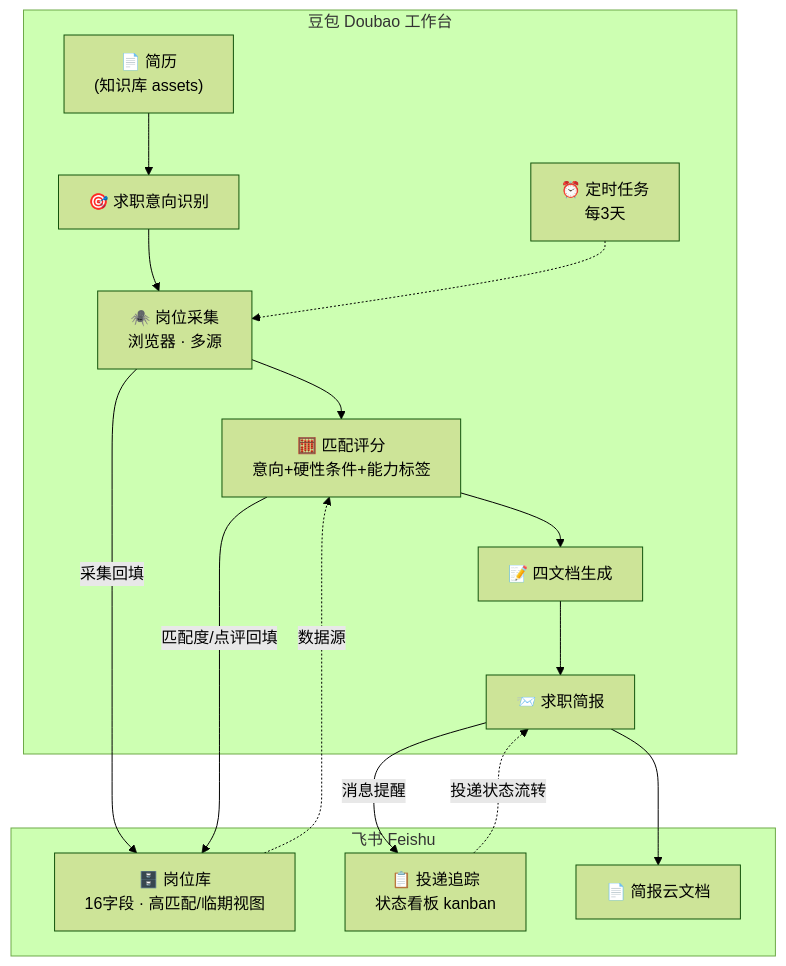
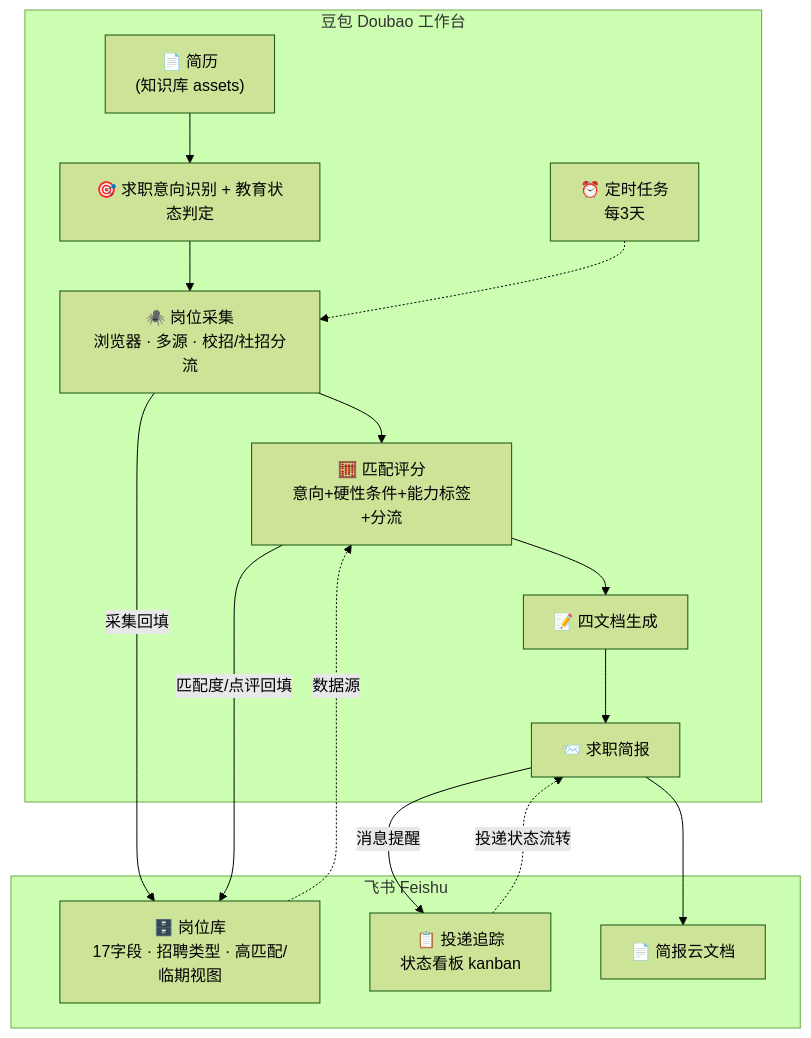
The first of 2 diagrams in README.md (lzlin3459-hash/ai-job-manager), drawn with Mermaid (forest theme) before and after one commit. The commit also changed other lines of this file, not shown here.

````diff
--- a/README.md
+++ b/README.md
@@ -89,24 +106,24 @@
 ```mermaid
 flowchart TB
     subgraph Doubao["豆包 Doubao 工作台"]
-        A["📄 简历\n(知识库 assets)"] --> B["🎯 求职意向识别"]
-        B --> C["🕷️ 岗位采集\n浏览器 · 多源"]
-        C --> D["🧮 匹配评分\n意向+硬性条件+能力标签"]
+        A["📄 简历\n(知识库 assets)"] --> B["🎯 求职意向识别 + 教育状态判定"]
+        B --> C["🕷️ 岗位采集\n浏览器 · 多源 · 校招/社招分流"]
+        C --> D["🧮 匹配评分\n意向+硬性条件+能力标签+分流"]
         D --> E["📝 四文档生成"]
         E --> F["📨 求职简报"]
         G["⏰ 定时任务\n每3天"] -.-> C
     end
 
     subgraph Feishu["飞书 Feishu"]
-        H["🗄️ 岗位库\n16字段 · 高匹配/临期视图"]
+        H["🗄️ 岗位库\n17字段 · 招聘类型 · 高匹配/临期视图"]
         I["📋 投递追踪\n状态看板 kanban"]
         J["📄 简报云文档"]
     end
 
     C -->|"采集回填"| H
     D -->|"匹配度/点评回填"| H
     F --> J
     F -->|"消息提醒"| I
     H -.->|"数据源"| D
     I -.->|"投递状态流转"| F
 ```
````
